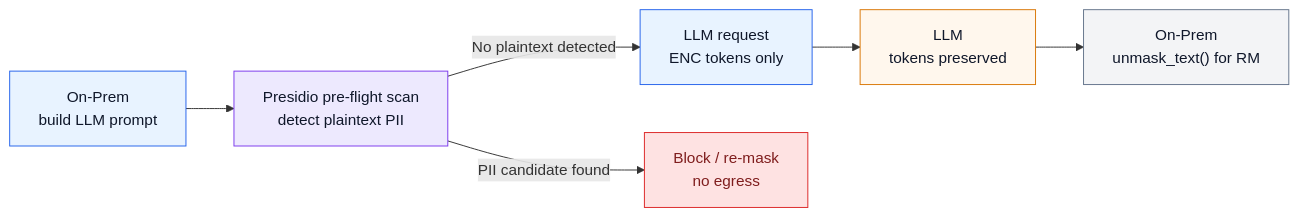
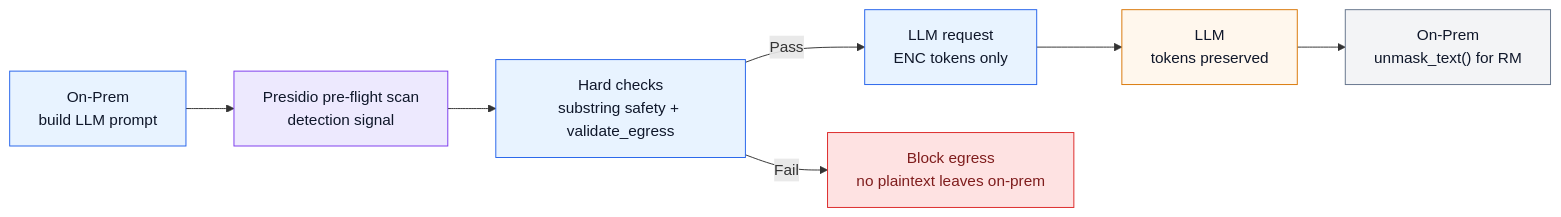
The fifth of 6 diagrams in README.md (kkirko/PII-Masking-Service), drawn with Mermaid before and after one commit. The commit also changed other lines of this file and 5 other files, not shown here.

````diff
--- a/README.md
+++ b/README.md
@@ -308,14 +308,15 @@
 ```mermaid
 flowchart LR
   classDef onprem fill:#e8f3ff,stroke:#2563eb,stroke-width:1px,color:#0f172a;
   classDef detect fill:#ede9fe,stroke:#7c3aed,stroke-width:1px,color:#0f172a;
   classDef cloud fill:#fff7ed,stroke:#d97706,stroke-width:1px,color:#0f172a;
   classDef block fill:#fee2e2,stroke:#dc2626,stroke-width:1px,color:#7f1d1d;
   classDef rm fill:#f3f4f6,stroke:#64748b,stroke-width:1px,color:#0f172a;
 
-  A["On-Prem<br/>build LLM prompt"]:::onprem --> B["Presidio pre-flight scan<br/>detect plaintext PII"]:::detect
-  B -->|"No plaintext detected"| C["LLM request<br/>ENC tokens only"]:::onprem
-  B -->|"PII candidate found"| D["Block / re-mask<br/>no egress"]:::block
-  C --> E["LLM<br/>tokens preserved"]:::cloud
-  E --> F["On-Prem<br/>unmask_text() for RM"]:::rm
+  A["On-Prem<br/>build LLM prompt"]:::onprem --> B["Presidio pre-flight scan<br/>detection signal"]:::detect
+  B --> C["Hard checks<br/>substring safety + validate_egress"]:::onprem
+  C -->|"Pass"| D["LLM request<br/>ENC tokens only"]:::onprem
+  C -->|"Fail"| E["Block egress<br/>no plaintext leaves on-prem"]:::block
+  D --> F["LLM<br/>tokens preserved"]:::cloud
+  F --> G["On-Prem<br/>unmask_text() for RM"]:::rm
 ```
````
